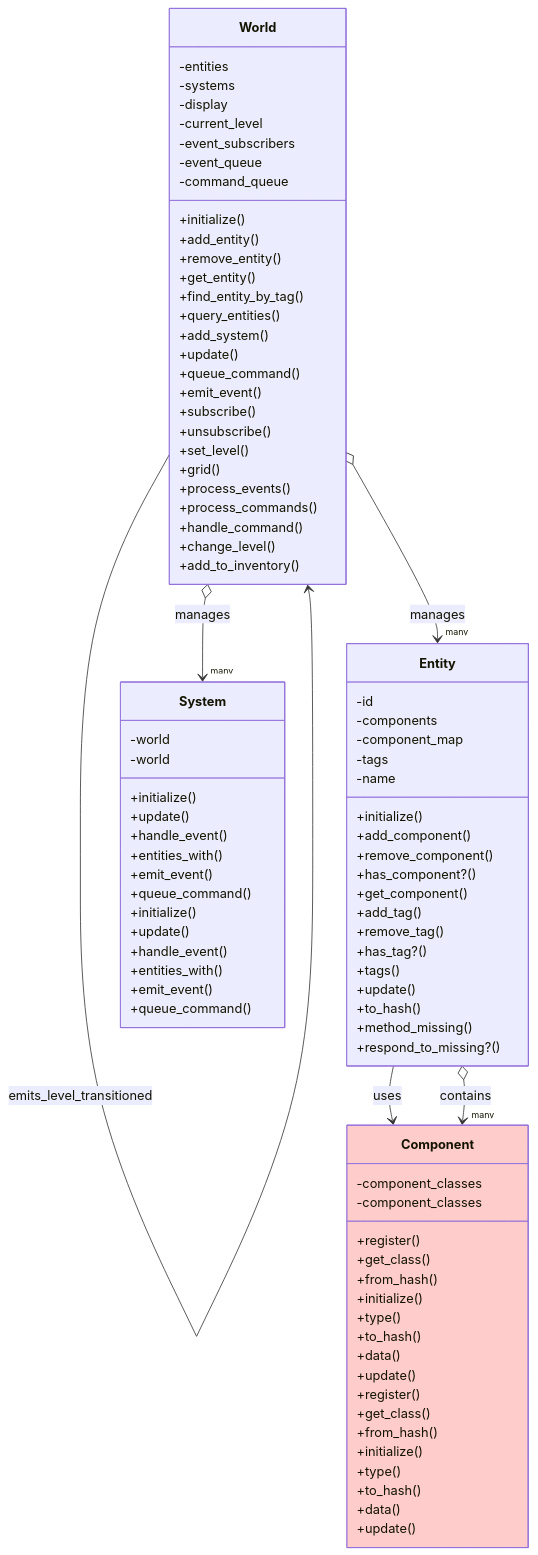
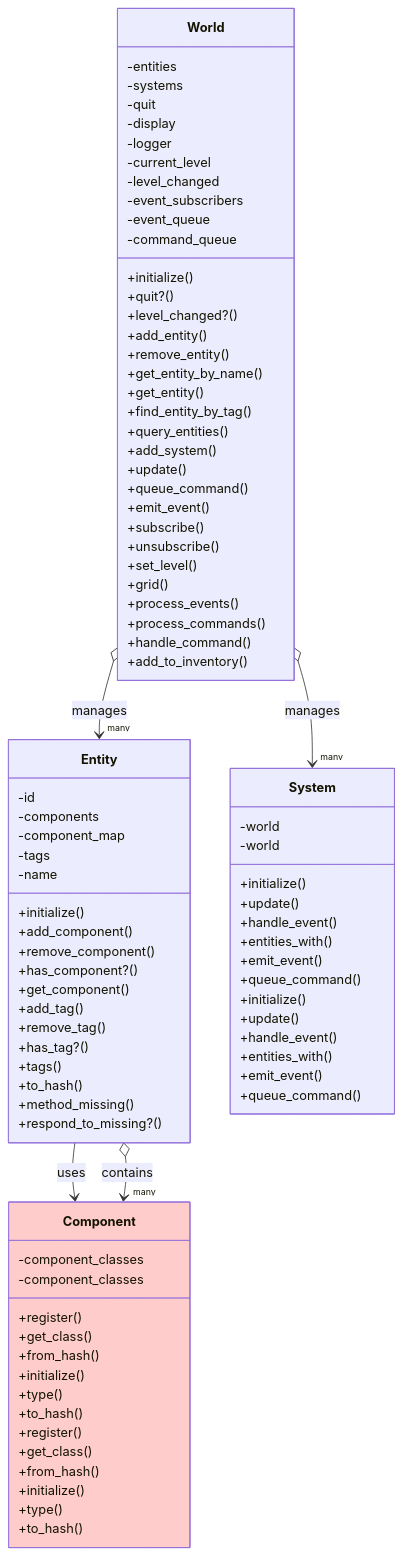
The diagram in documents/diagrams/core.mmd (Davidslv/vanilla-roguelike), drawn with Mermaid before and after one commit. The commit also changed 3 other files, not shown here.

Commit message:
Update diagrams

```diff
--- a/documents/diagrams/core.mmd
+++ b/documents/diagrams/core.mmd
@@ -1,102 +1,101 @@
 classDiagram
   subgraph Core
     class Component {
       -component_classes
       +register()
       +get_class()
       +from_hash()
       +initialize()
       +type()
       +to_hash()
-      +data()
-      +update()
     }
     class Entity {
       -id
       -components
       -component_map
       -tags
       -name
       +initialize()
       +add_component()
       +remove_component()
       +has_component?()
       +get_component()
       +add_tag()
       +remove_tag()
       +has_tag?()
       +tags()
-      +update()
       +to_hash()
       +method_missing()
       +respond_to_missing?()
     }
     class System {
       -world
       +initialize()
       +update()
       +handle_event()
       +entities_with()
       +emit_event()
       +queue_command()
     }
     class World {
       -entities
       -systems
+      -quit
       -display
+      -logger
       -current_level
+      -level_changed
       -event_subscribers
       -event_queue
       -command_queue
       +initialize()
+      +quit?()
+      +level_changed?()
       +add_entity()
       +remove_entity()
+      +get_entity_by_name()
       +get_entity()
       +find_entity_by_tag()
       +query_entities()
       +add_system()
       +update()
       +queue_command()
       +emit_event()
       +subscribe()
       +unsubscribe()
       +set_level()
       +grid()
       +process_events()
       +process_commands()
       +handle_command()
-      +change_level()
       +add_to_inventory()
     }
   end
   subgraph Components
     class Component {
       -component_classes
       +register()
       +get_class()
       +from_hash()
       +initialize()
       +type()
       +to_hash()
-      +data()
-      +update()
     }
     style Component fill:#ffcccc
   end
   subgraph Systems
     class System {
       -world
       +initialize()
       +update()
       +handle_event()
       +entities_with()
       +emit_event()
       +queue_command()
     }
   end
   %% Relationships
   Entity --> Component : uses
-  World --> World :  emits_level_transitioned
   Entity o--> "many" Component : contains
   World o--> "many" Entity : manages
   World o--> "many" System : manages
```
